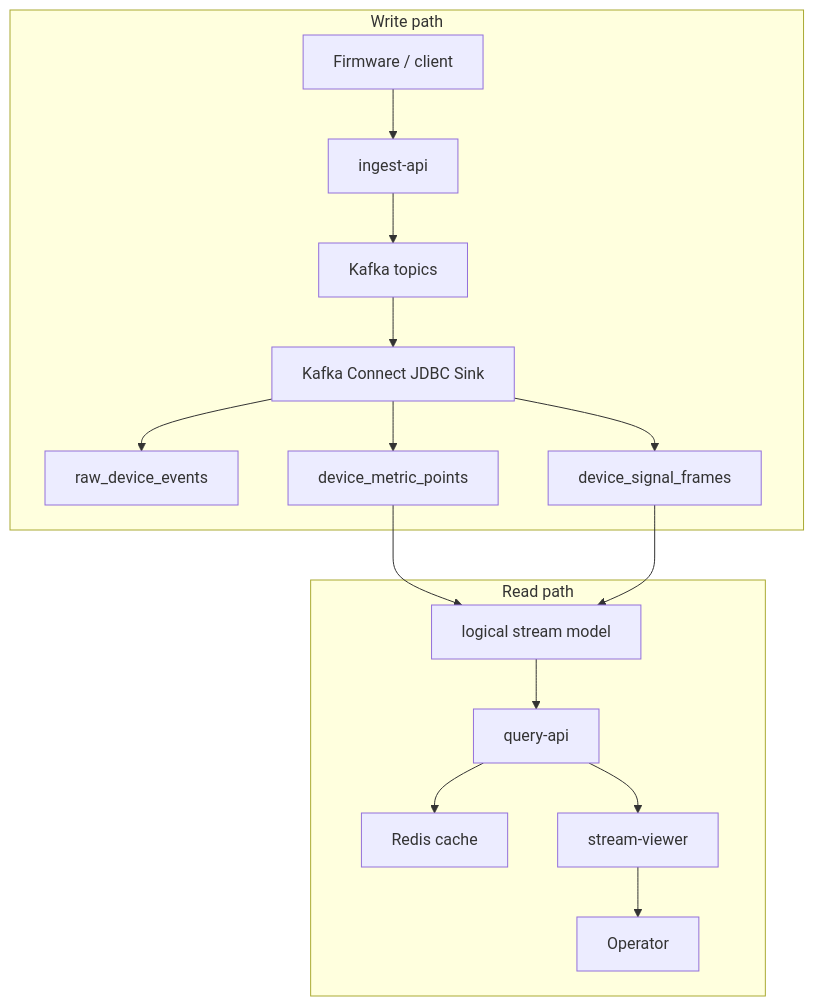
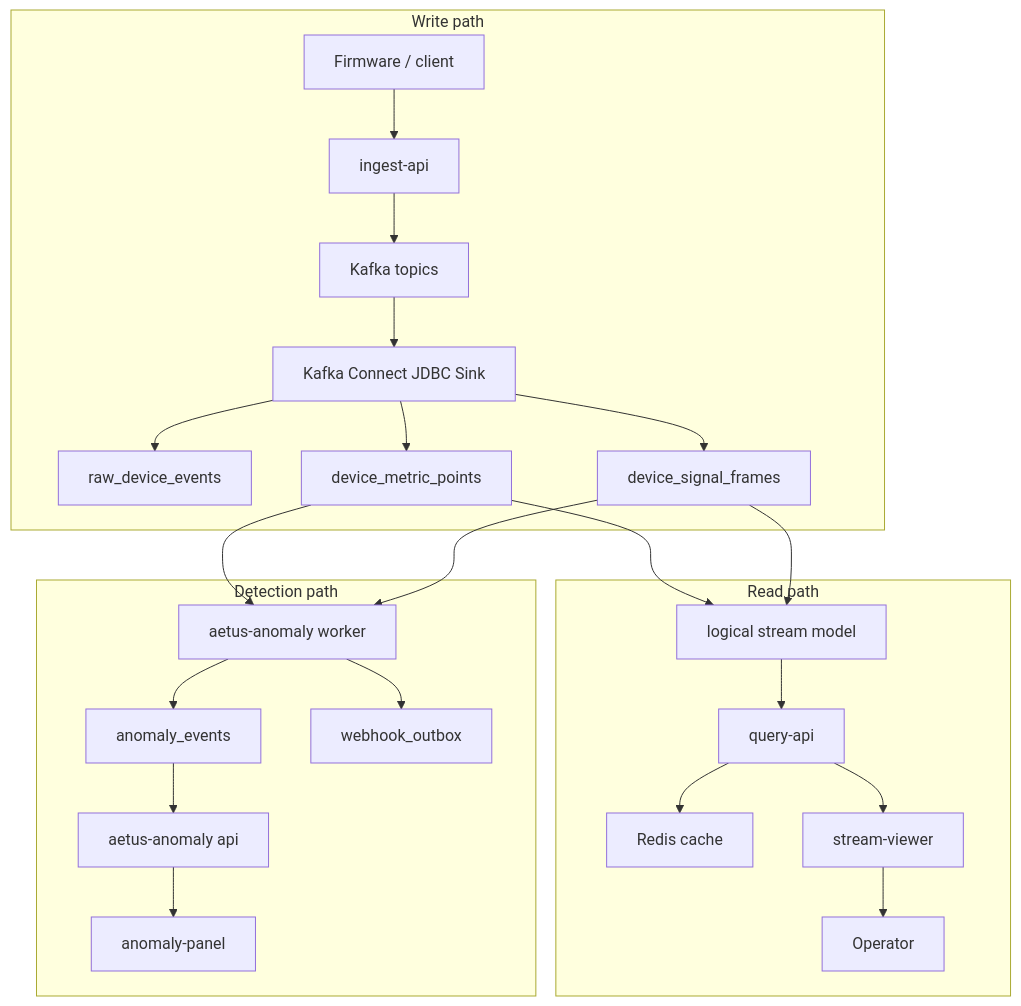
One commit to donghoonpark/aetus changed the second of 5 diagrams in docs/01-overview.md. Above: the diagram before and after it, drawn with Mermaid. The commit also changed other lines of this file and 36 other files, not shown here.

Commit message:
Add anomaly detection PoC

````diff
--- a/docs/01-overview.md
+++ b/docs/01-overview.md
@@ -93,20 +107,29 @@
 ```mermaid
 flowchart TB
     subgraph Write["Write path"]
         Device["Firmware / client"] --> Ingest["ingest-api"]
         Ingest --> Kafka["Kafka topics"]
         Kafka --> Connect["Kafka Connect JDBC Sink"]
         Connect --> Raw["raw_device_events"]
         Connect --> Metric["device_metric_points"]
         Connect --> Signal["device_signal_frames"]
     end
 
     subgraph Read["Read path"]
         Metric --> Stream["logical stream model"]
         Signal --> Stream
         Stream --> Query["query-api"]
         Query --> Cache["Redis cache"]
         Query --> Viewer["stream-viewer"]
         Viewer --> User["Operator"]
     end
+
+    subgraph Detect["Detection path"]
+        Metric --> Anomaly["aetus-anomaly worker"]
+        Signal --> Anomaly
+        Anomaly --> Event["anomaly_events"]
+        Anomaly --> Webhook["webhook_outbox"]
+        Event --> AnomalyAPI["aetus-anomaly api"]
+        AnomalyAPI --> Panel["anomaly-panel"]
+    end
 ```
````
